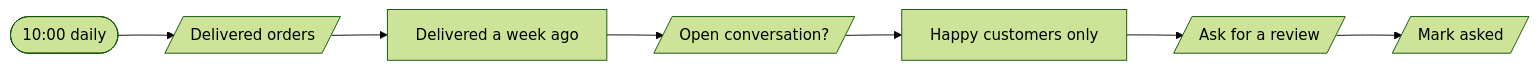
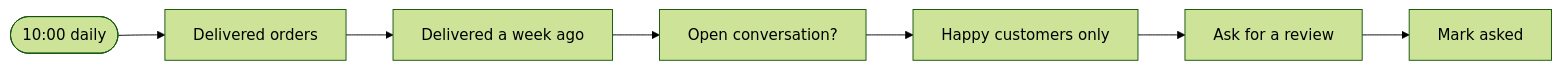
Before and after one commit to kimjoshuadr/n8n-workflows: the third of 5 diagrams in workflows/sales/README.md, drawn with Mermaid (forest theme). The commit also changed other lines of this file and 184 other files, not shown here.

Commit message:
Finish the move to named platforms: blocks, BambooHR, generated README, schema and platform marks

````diff
--- a/workflows/sales/README.md
+++ b/workflows/sales/README.md
@@ -122,16 +122,16 @@
 ```mermaid
 flowchart LR
   n1gbpr4d(["10:00 daily"])
-  nf6ajoo[/"Delivered orders"/]
+  nf6ajoo["Delivered orders"]
   n1dockn3["Delivered a week ago"]
-  n1hlg6ct[/"Open conversation?"/]
+  n1hlg6ct["Open conversation?"]
   ne9gbr2["Happy customers only"]
-  n1i35a70[/"Ask for a review"/]
-  nnkd1kc[/"Mark asked"/]
+  n1i35a70["Ask for a review"]
+  nnkd1kc["Mark asked"]
   n1gbpr4d --> nf6ajoo
   nf6ajoo --> n1dockn3
   n1dockn3 --> n1hlg6ct
   n1hlg6ct --> ne9gbr2
   ne9gbr2 --> n1i35a70
   n1i35a70 --> nnkd1kc
 ```
````
